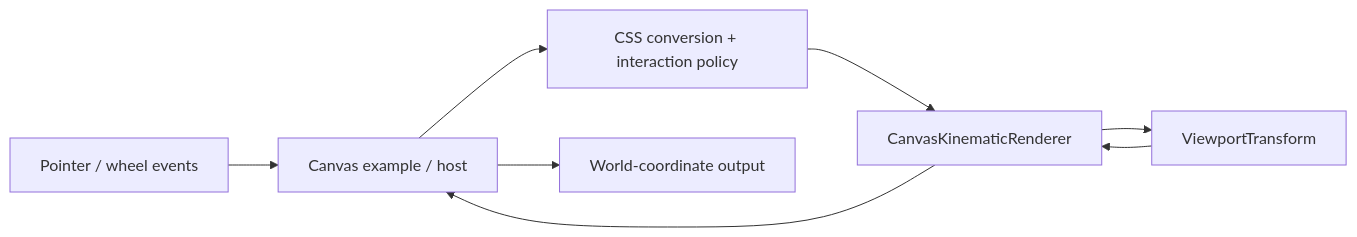
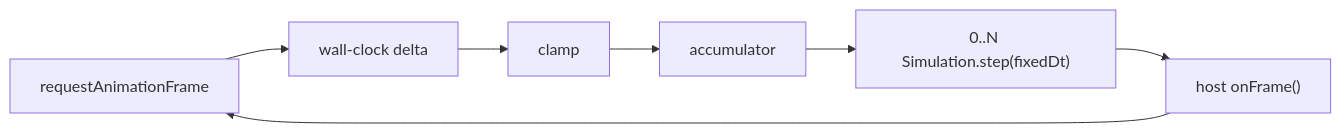
One commit to fa-ribeiro/vLab2D changed the seventh of 11 diagrams in docs/architecture/README.md. Above: the diagram before and after it, drawn with Mermaid. The commit also changed other lines of this file and 4 other files, not shown here.

Commit message:
docs: reconcile phase 2 architecture

````diff
--- a/docs/architecture/README.md
+++ b/docs/architecture/README.md
@@ -722,12 +463,11 @@
 ```mermaid
 flowchart LR
-    INPUT["Pointer / wheel events"]
-    HOST["Canvas example / host"]
-    POLICY["CSS conversion + interaction policy"]
-    RENDERER["CanvasKinematicRenderer"]
-    TRANSFORM["ViewportTransform"]
-    OUTPUT["World-coordinate output"]
+    RAF["requestAnimationFrame"]
+    DELTA["wall-clock delta"]
+    CLAMP["clamp"]
+    ACC["accumulator"]
+    STEP["0..N Simulation.step(fixedDt)"]
+    FRAME["host onFrame()"]
 
-    INPUT --> HOST --> POLICY --> RENDERER --> TRANSFORM
-    TRANSFORM --> RENDERER --> HOST --> OUTPUT
+    RAF --> DELTA --> CLAMP --> ACC --> STEP --> FRAME --> RAF
 ```
````
